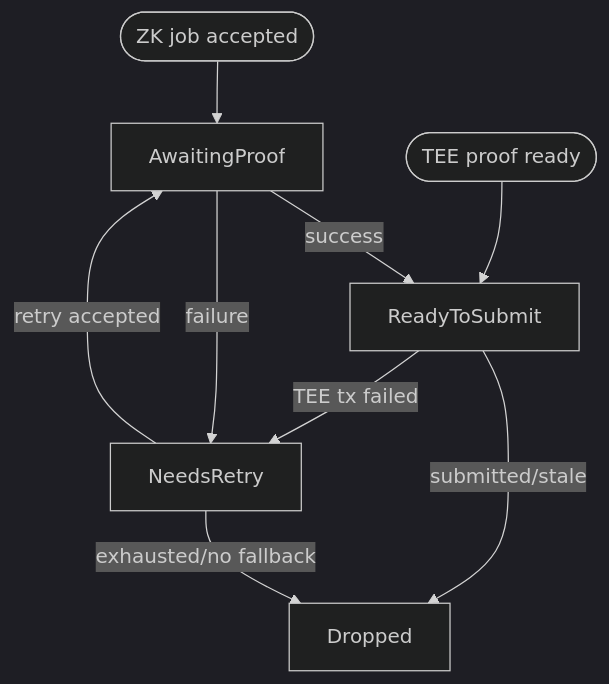
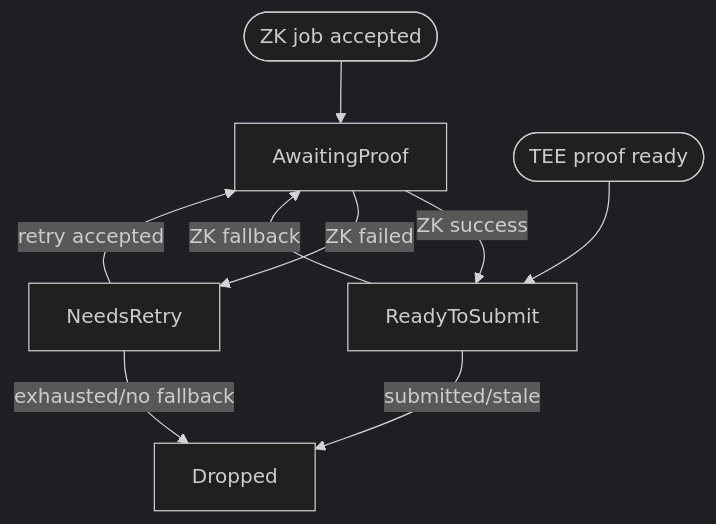
Before and after one commit to base/base: the diagram in docs/specs/pages/protocol/proofs/challenger.md, drawn with Mermaid (dark theme). The commit also changed other lines of this file, not shown here.

Commit message:
improve diagram accuracy

````diff
--- a/docs/specs/pages/protocol/proofs/challenger.md
+++ b/docs/specs/pages/protocol/proofs/challenger.md
@@ -166,14 +166,14 @@
 ```mermaid
 flowchart TB
     ZkStart([ZK job accepted]) --> AwaitingProof[AwaitingProof]
     TeeStart([TEE proof ready]) --> ReadyToSubmit[ReadyToSubmit]
 
-    AwaitingProof -->|success| ReadyToSubmit
-    AwaitingProof -->|failure| NeedsRetry[NeedsRetry]
+    AwaitingProof -->|ZK success| ReadyToSubmit
+    AwaitingProof -->|ZK failed| NeedsRetry[NeedsRetry]
 
     NeedsRetry -->|retry accepted| AwaitingProof
     NeedsRetry -->|exhausted/no fallback| Dropped[Dropped]
 
     ReadyToSubmit -->|submitted/stale| Dropped
-    ReadyToSubmit -->|TEE tx failed| NeedsRetry
+    ReadyToSubmit -->|ZK fallback| AwaitingProof
 ```
````
